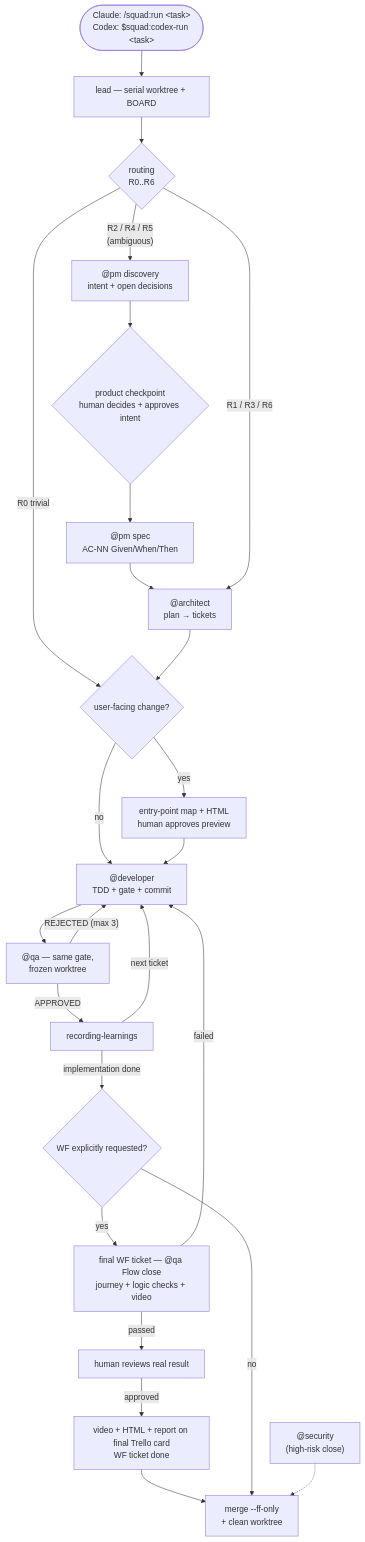
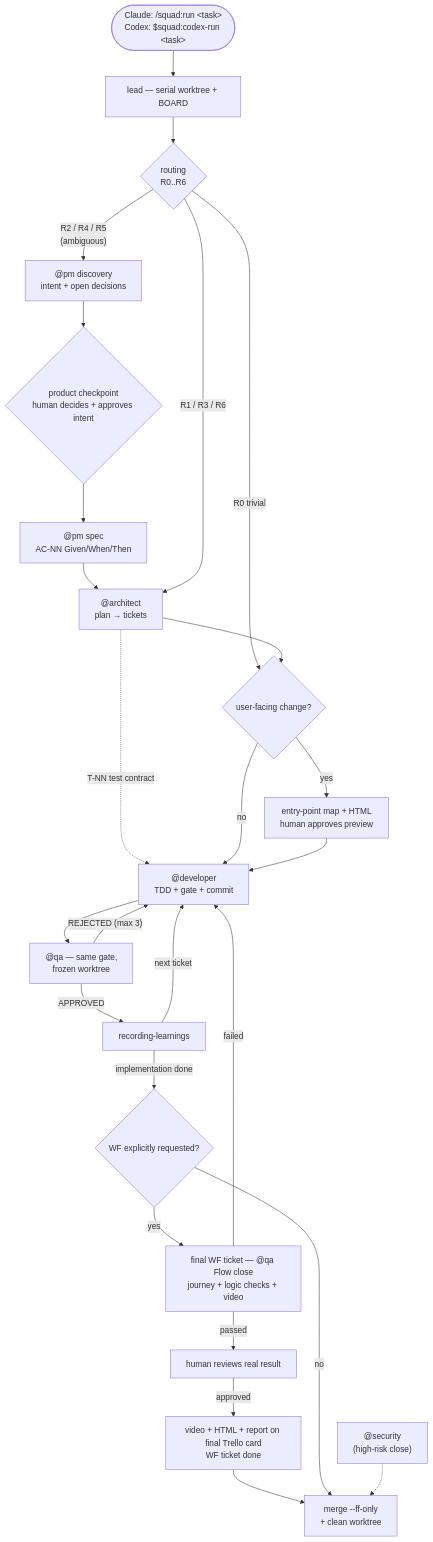
The diagram in README.md (danielfarnose/claude-code-dev-loop), drawn with Mermaid before and after one commit. The commit also changed other lines of this file and 11 other files, not shown here.

First line of the commit message:
feat(squad): test contract in every ticket, mirrored as the Trello card's Tests checklist

````diff
--- a/README.md
+++ b/README.md
@@ -183,27 +183,28 @@
 ```mermaid
 flowchart TD
     T(["Claude: /squad:run &lt;task&gt;<br/>Codex: $squad:codex-run &lt;task&gt;"]) --> W["lead — serial worktree + BOARD"]
     W --> R{"routing<br/>R0..R6"}
     R -- "R2 / R4 / R5<br/>(ambiguous)" --> PM["@pm discovery<br/>intent + open decisions"]
     PM --> H{"product checkpoint<br/>human decides + approves intent"}
     H --> PS["@pm spec<br/>AC-NN Given/When/Then"]
     PS --> A
     R -- "R1 / R3 / R6" --> A["@architect<br/>plan → tickets"]
     R -- "R0 trivial" --> P
     A --> P{"user-facing change?"}
+    A -. "T-NN test contract" .-> D
     P -- "yes" --> V["entry-point map + HTML<br/>human approves preview"]
     P -- "no" --> D
     V --> D["@developer<br/>TDD + gate + commit"]
     D --> Q["@qa — same gate,<br/>frozen worktree"]
     Q -- "REJECTED (max 3)" --> D
     Q -- "APPROVED" --> L["recording-learnings"]
     L -- "next ticket" --> D
     L -- "implementation done" --> C{"WF explicitly requested?"}
     C -- "yes" --> F["final WF ticket — @qa Flow close<br/>journey + logic checks + video"]
     F -- "failed" --> D
     F -- "passed" --> U["human reviews real result"]
     U -- "approved" --> E["video + HTML + report on final Trello card<br/>WF ticket done"]
     E --> M["merge --ff-only<br/>+ clean worktree"]
     C -- "no" --> M
     S["@security<br/>(high-risk close)"] -.-> M
 ```
````
